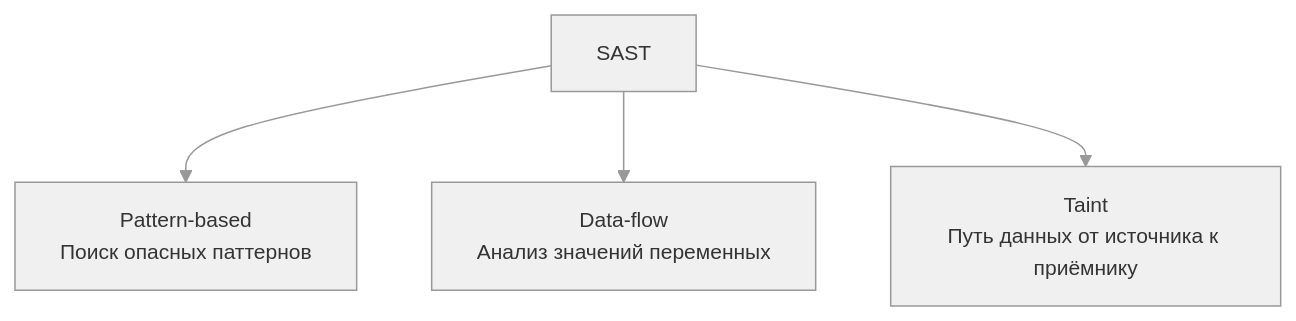
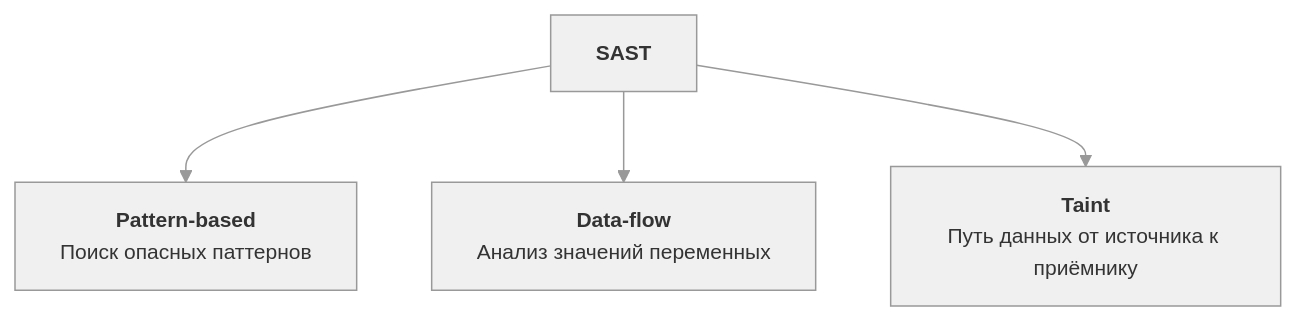
Before and after one commit to Otto-7/mcp: the diagram in docs/research/sast-basics.md, drawn with Mermaid.

````diff
--- a/docs/research/sast-basics.md
+++ b/docs/research/sast-basics.md
@@ -2,13 +2,13 @@
 ```mermaid
 %%{init: {'theme':'base', 'themeVariables': {
   'primaryColor': '#f0f0f0',
   'primaryTextColor': '#333333',
   'primaryBorderColor': '#999999',
   'lineColor': '#999999',
   'fontSize': '14px'
 }}}%%
 flowchart TD
-    SAST[SAST] --> A["Pattern-based<br/>Поиск опасных паттернов"]
-    SAST --> B["Data-flow<br/>Анализ значений переменных"]
-    SAST --> C["Taint<br/>Путь данных от источника к приёмнику"]
+    SAST["<b>SAST</b>"] --> A["<b>Pattern-based</b><br/>Поиск опасных паттернов"]
+    SAST --> B["<b>Data-flow</b><br/>Анализ значений переменных"]
+    SAST --> C["<b>Taint</b><br/>Путь данных от источника к приёмнику"]
 ```
````
